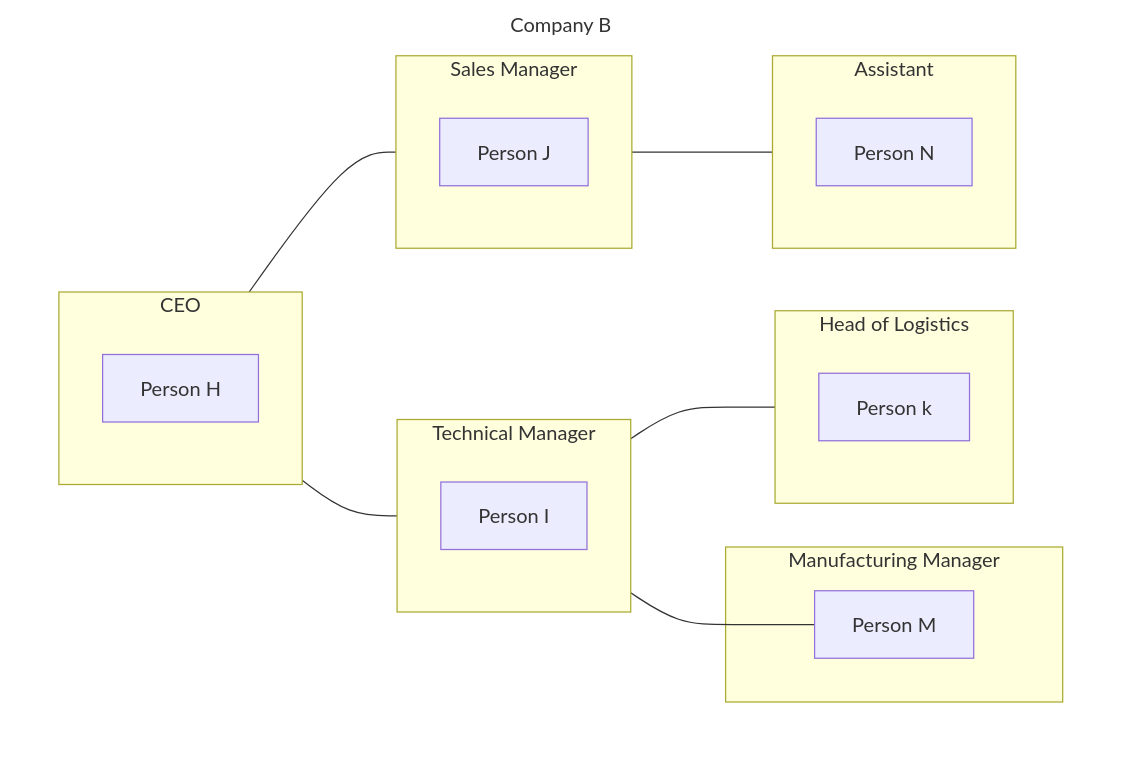
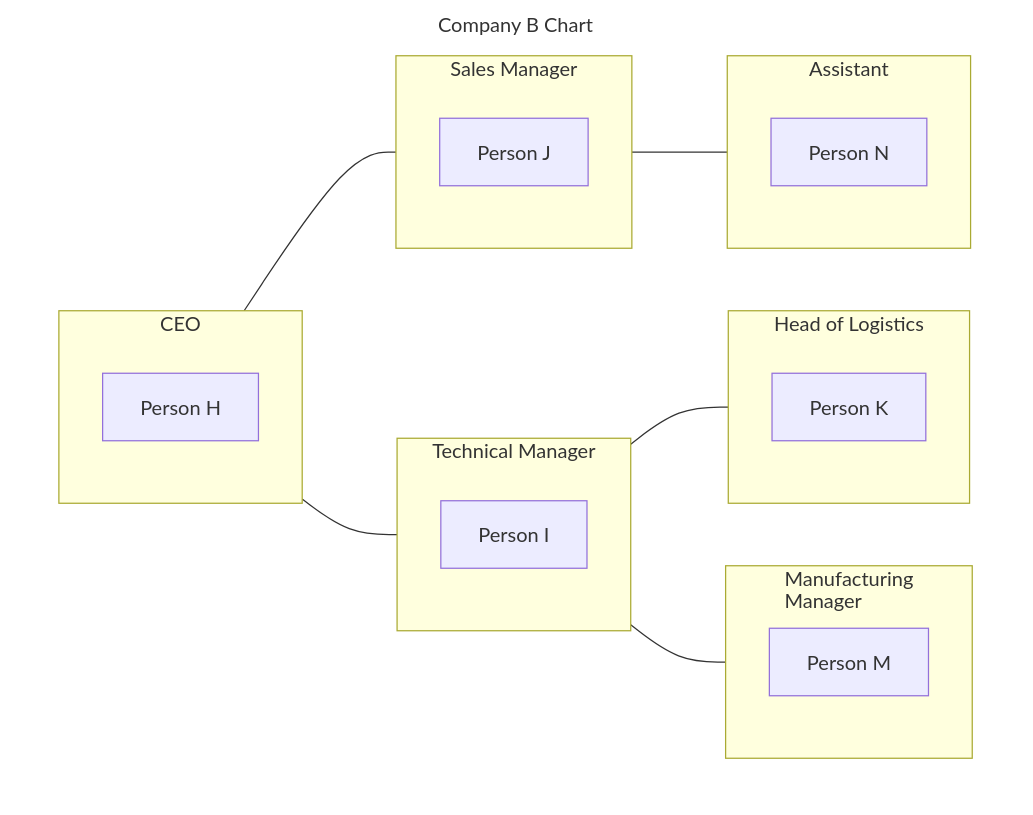
One commit to xeylou/testade.xeylou.fr changed the eighth of 9 diagrams in content/posts/itop-walkthrough/index.md. Above: the diagram before and after it, drawn with Mermaid. The commit also changed other lines of this file and 59 other files, not shown here.

```diff
--- a/content/posts/itop-walkthrough/index.md
+++ b/content/posts/itop-walkthrough/index.md
@@ -301,30 +301,31 @@
 {{< mermaid >}}
 %%{init: {"flowchart": {"htmlLabels": false}} }%%
 flowchart TD
-subgraph z[Company B]
+subgraph z[Company B Chart]
 subgraph a[CEO]
 b[Person H]
 end
 subgraph c[Technical Manager]
 d[Person I]
 end
 subgraph e[Sales Manager]
 f[Person J]
 end
 subgraph g[Head of Logistics]
-h[Person k]
+h[Person K]
 end
-subgraph i[Manufacturing Manager]
+subgraph i["Manufacturing
+Manager"]
 j[Person M]
 end
 subgraph k[Assistant]
 m[Person N]
 end
 end
 a---c
 a---e
 c---g
-c---j
+c---i
 e---k
 style z fill:#fff,stroke:#fff,stroke-width:4px
 {{< /mermaid >}}
```
